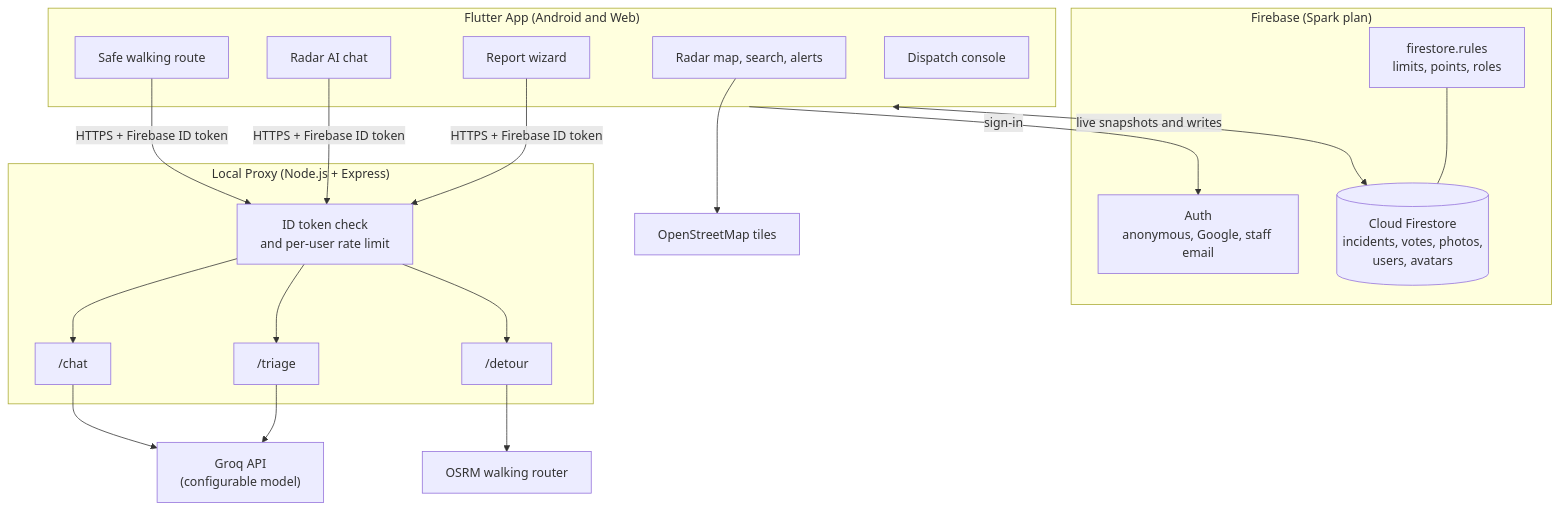
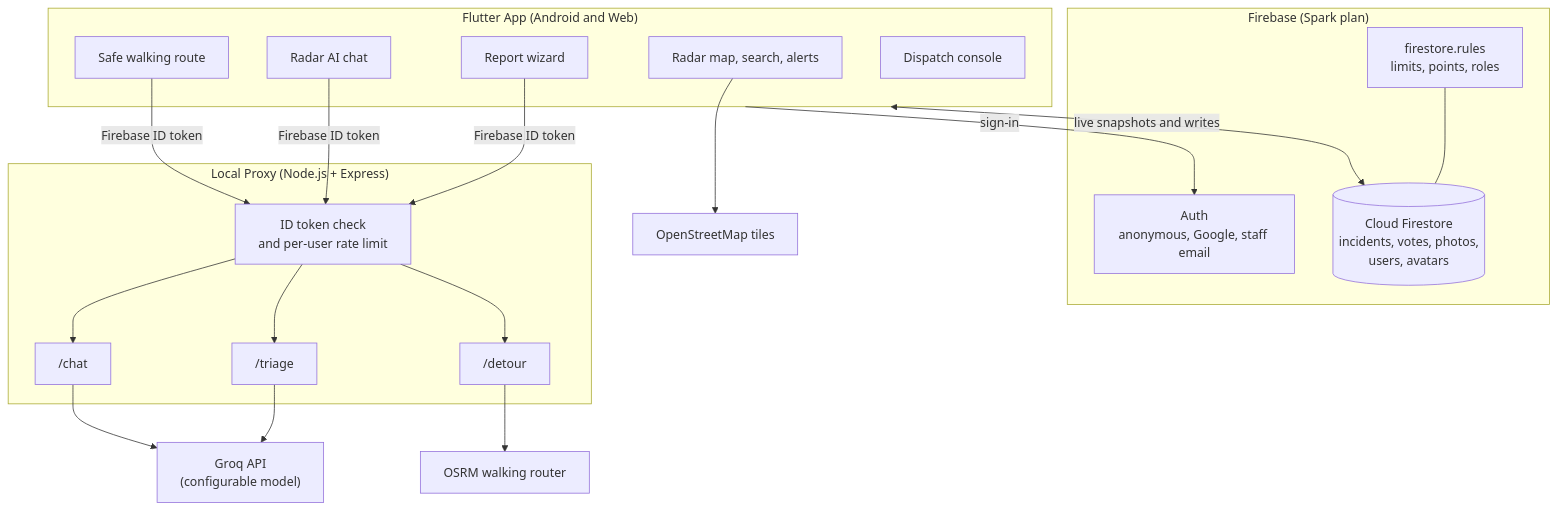
The diagram in README.md (kaids77/HazardRadar-AI), drawn with Mermaid before and after one commit. The commit also changed other lines of this file, not shown here.

Commit message:
docs: README keeps the full reference sections, with the new summary, features, and architecture on top

````diff
--- a/README.md
+++ b/README.md
@@ -113,36 +135,36 @@
 ```mermaid
 flowchart TD
     subgraph Client["Flutter App (Android and Web)"]
         Radar["Radar map, search, alerts"]
         Wizard["Report wizard"]
         Chat["Radar AI chat"]
         Route["Safe walking route"]
         Staff["Dispatch console"]
     end
 
     subgraph Firebase["Firebase (Spark plan)"]
         Auth["Auth\nanonymous, Google, staff email"]
         Store[("Cloud Firestore\nincidents, votes, photos,\nusers, avatars")]
         Rules["firestore.rules\nlimits, points, roles"]
         Rules --- Store
     end
 
     subgraph Proxy["Local Proxy (Node.js + Express)"]
         Token["ID token check\nand per-user rate limit"]
         Triage["/triage"]
         Ask["/chat"]
         Detour["/detour"]
         Token --> Triage & Ask & Detour
     end
 
     Groq["Groq API\n(configurable model)"]
     OSRM["OSRM walking router"]
     OSM["OpenStreetMap tiles"]
 
     Client <-->|"live snapshots and writes"| Store
     Client -->|"sign-in"| Auth
-    Wizard & Chat & Route -->|"HTTPS + Firebase ID token"| Token
+    Wizard & Chat & Route -->|"Firebase ID token"| Token
     Triage & Ask --> Groq
     Detour --> OSRM
     Radar --> OSM
 ```
````
